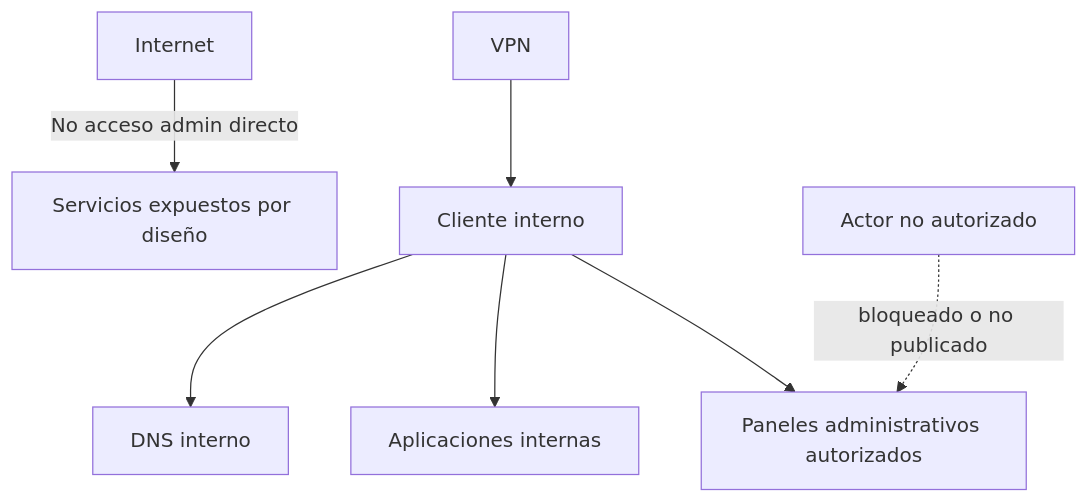
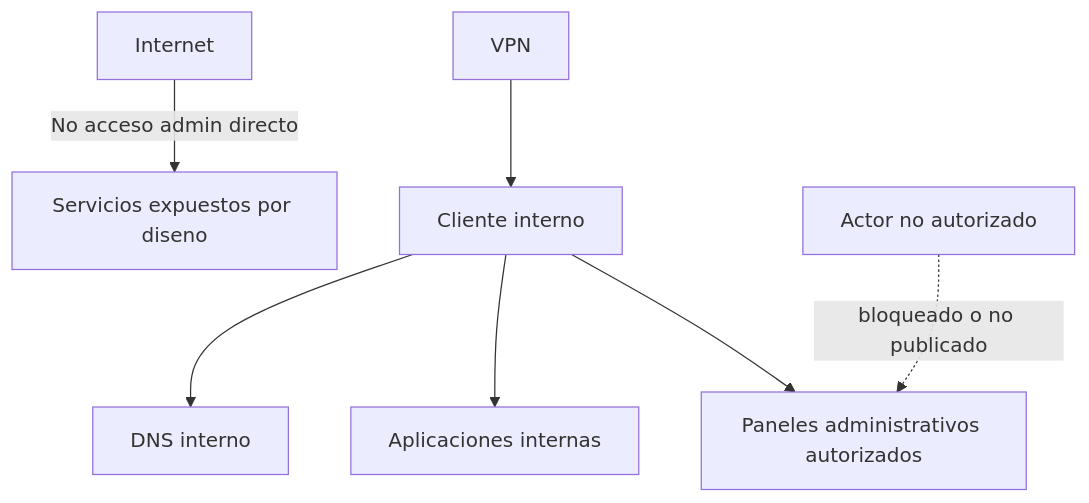
The diagram in docs/es/03-seguridad-y-accesos.md (Nicolasperaltait/homelab), drawn with Mermaid before and after one commit. The commit also changed other lines of this file and 24 other files, not shown here.

Commit message:
docs: publish sanitized homelab architecture record

````diff
--- a/docs/es/03-seguridad-y-accesos.md
+++ b/docs/es/03-seguridad-y-accesos.md
@@ -93,9 +110,9 @@
 ```mermaid
 flowchart TD
-    A[Internet] -->|No acceso admin directo| B[Servicios expuestos por diseño]
+    A[Internet] -->|No acceso admin directo| B[Servicios expuestos por diseno]
     C[Cliente interno] --> D[DNS interno]
     C --> E[Aplicaciones internas]
     C --> F[Paneles administrativos autorizados]
     G[VPN] --> C
     H[Actor no autorizado] -.->|bloqueado o no publicado| F
 ```
````
